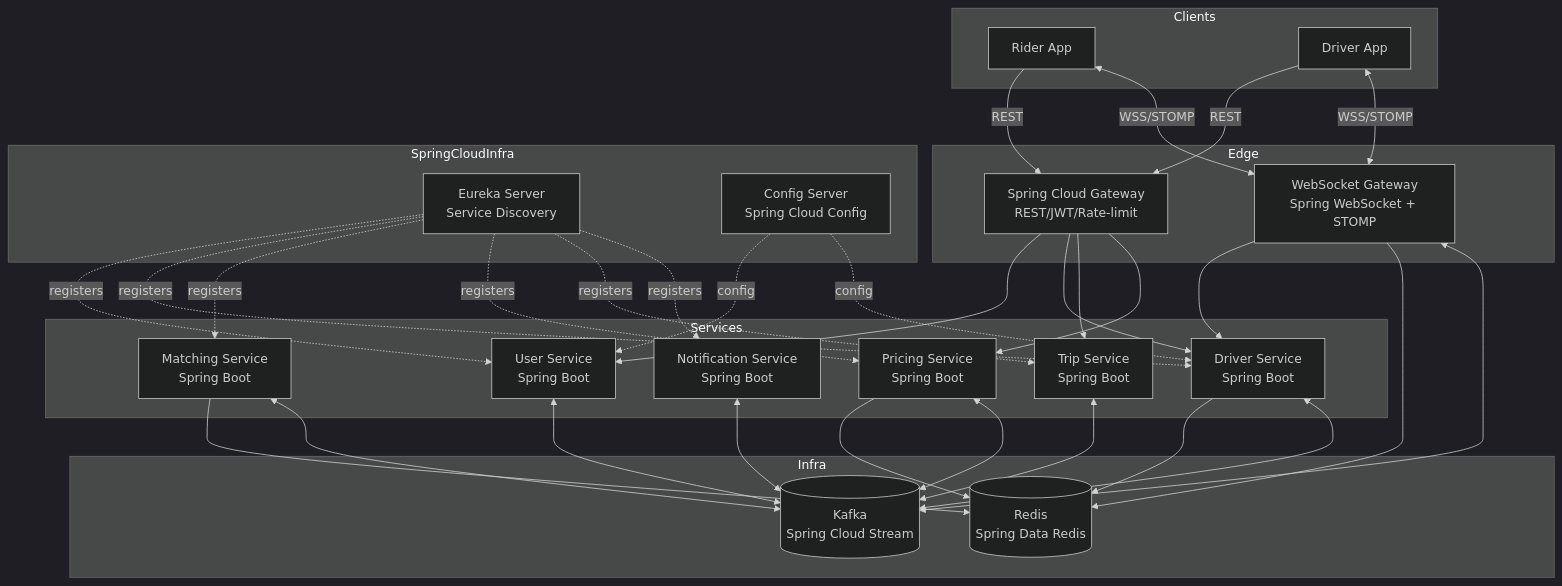
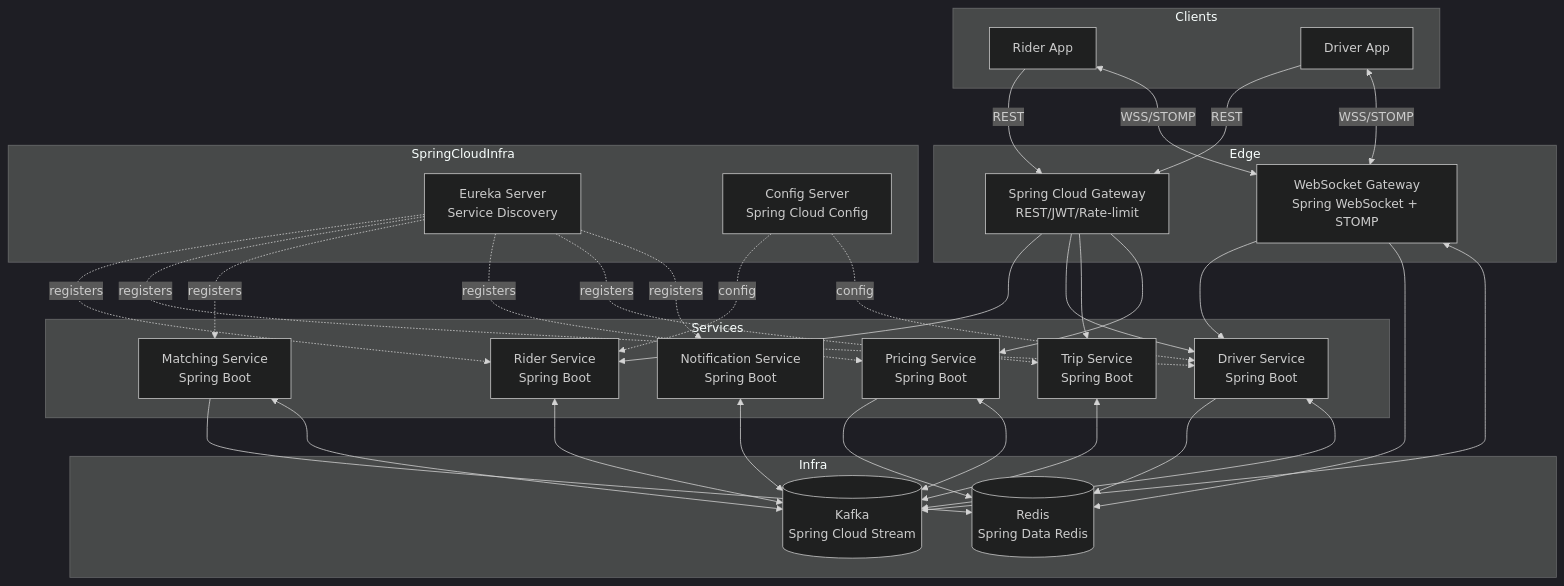
The first of 2 diagrams in docs-spring-boot/01-architecture-overview.md (AhmedAdbElwahed/Wayfare), drawn with Mermaid (dark theme) before and after one commit. The commit also changed other lines of this file and 23 other files, not shown here.

````diff
--- a/docs-spring-boot/01-architecture-overview.md
+++ b/docs-spring-boot/01-architecture-overview.md
@@ -11,65 +11,65 @@
 ```mermaid
 flowchart TB
     subgraph Clients
         RA[Rider App]
         DA[Driver App]
     end
 
     subgraph Edge
         GW[Spring Cloud Gateway<br/>REST/JWT/Rate-limit]
         WS[WebSocket Gateway<br/>Spring WebSocket + STOMP]
     end
 
     subgraph SpringCloudInfra
         EUREKA[Eureka Server<br/>Service Discovery]
         CONFIG[Config Server<br/>Spring Cloud Config]
     end
 
     subgraph Services
-        US[User Service<br/>Spring Boot]
+        RS[Rider Service<br/>Spring Boot]
         DS[Driver Service<br/>Spring Boot]
         MS[Matching Service<br/>Spring Boot]
         PS[Pricing Service<br/>Spring Boot]
         TS[Trip Service<br/>Spring Boot]
         NS[Notification Service<br/>Spring Boot]
     end
 
     subgraph Infra
         K[(Kafka<br/>Spring Cloud Stream)]
         R[(Redis<br/>Spring Data Redis)]
     end
 
     RA -->|REST| GW
     DA -->|REST| GW
     RA <-->|WSS/STOMP| WS
     DA <-->|WSS/STOMP| WS
 
-    GW --> US
+    GW --> RS
     GW --> DS
     GW --> TS
     GW --> PS
 
     WS --> DS
     WS --> R
 
     MS --> R
     DS --> R
     PS --> R
 
-    US <--> K
+    RS <--> K
     DS <--> K
     MS <--> K
     PS <--> K
     TS <--> K
     NS <--> K
     WS <--> K
 
-    EUREKA -.->|registers| US
+    EUREKA -.->|registers| RS
     EUREKA -.->|registers| DS
     EUREKA -.->|registers| MS
     EUREKA -.->|registers| PS
     EUREKA -.->|registers| TS
     EUREKA -.->|registers| NS
-    CONFIG -.->|config| US
+    CONFIG -.->|config| RS
     CONFIG -.->|config| DS
 ```
````
